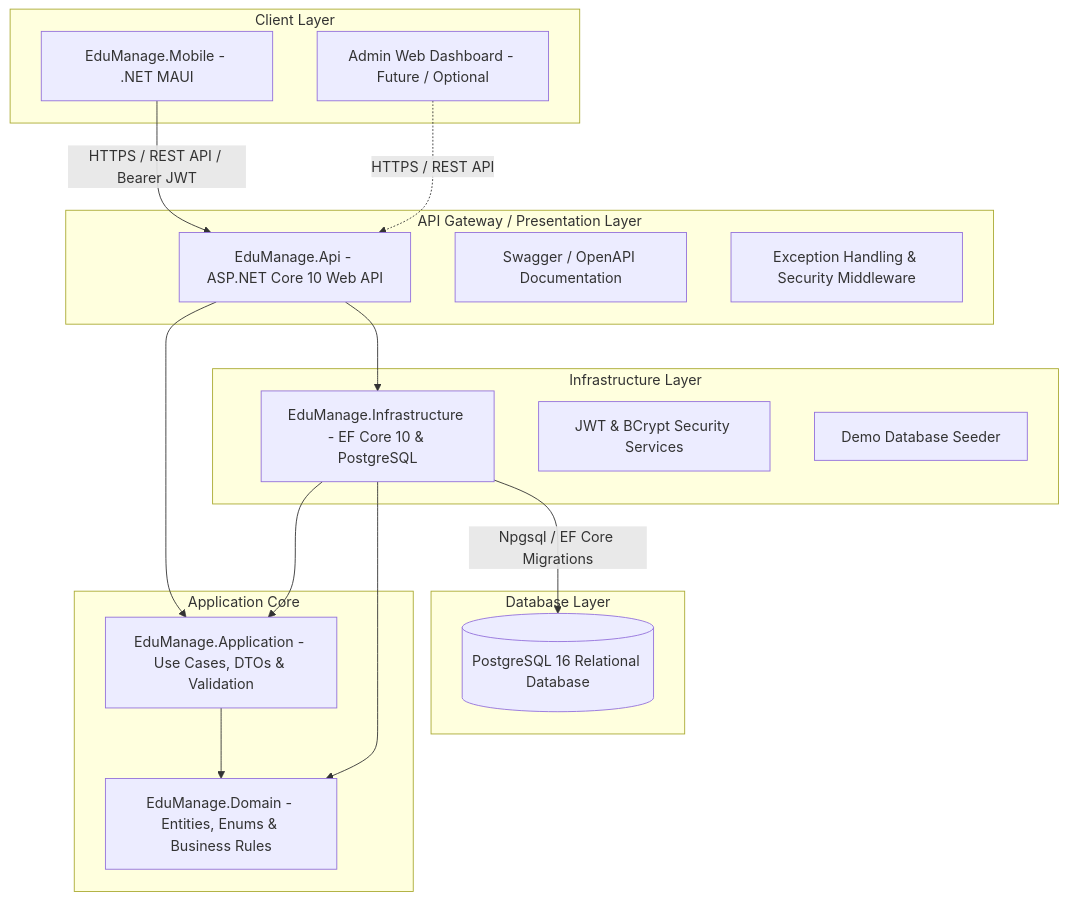
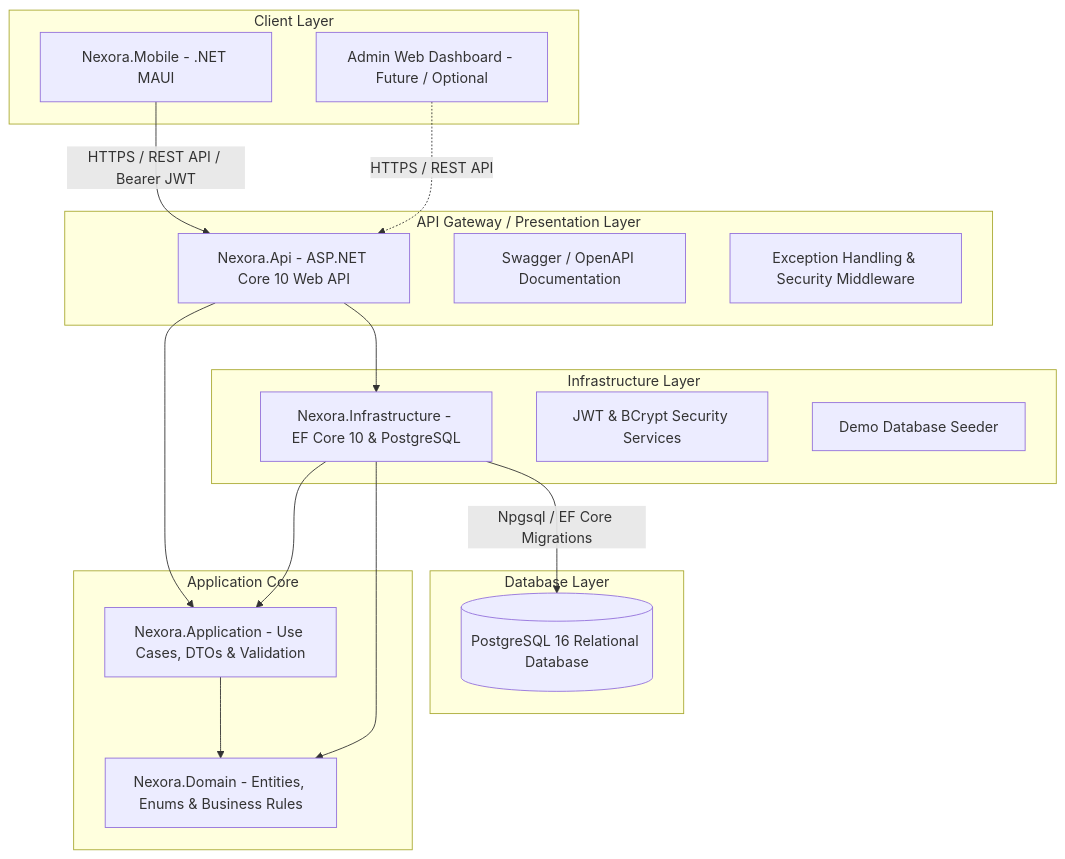
The first of 2 diagrams in docs/architecture.md (Vuthy-Tourn/school-manangement-system), drawn with Mermaid before and after one commit. The commit also changed other lines of this file and 259 other files, not shown here.

Commit message:
refactor: rename all occurrences, namespaces, projects, and solutions from EduManage to Nexora

````diff
--- a/docs/architecture.md
+++ b/docs/architecture.md
@@ -11,37 +11,37 @@
 ```mermaid
 graph TD
     subgraph Client Layer
-        Mobile[EduManage.Mobile - .NET MAUI]
+        Mobile[Nexora.Mobile - .NET MAUI]
         Web[Admin Web Dashboard - Future / Optional]
     end
 
     subgraph API Gateway / Presentation Layer
-        Api[EduManage.Api - ASP.NET Core 10 Web API]
+        Api[Nexora.Api - ASP.NET Core 10 Web API]
         Swagger[Swagger / OpenAPI Documentation]
         Middleware[Exception Handling & Security Middleware]
     end
 
     subgraph Application Core
-        App[EduManage.Application - Use Cases, DTOs & Validation]
-        Domain[EduManage.Domain - Entities, Enums & Business Rules]
+        App[Nexora.Application - Use Cases, DTOs & Validation]
+        Domain[Nexora.Domain - Entities, Enums & Business Rules]
     end
 
     subgraph Infrastructure Layer
-        Infra[EduManage.Infrastructure - EF Core 10 & PostgreSQL]
+        Infra[Nexora.Infrastructure - EF Core 10 & PostgreSQL]
         Auth[JWT & BCrypt Security Services]
         Seeder[Demo Database Seeder]
     end
 
     subgraph Database Layer
         Postgres[(PostgreSQL 16 Relational Database)]
     end
 
     Mobile -->|HTTPS / REST API / Bearer JWT| Api
     Web -.->|HTTPS / REST API| Api
     Api --> App
     App --> Domain
     Infra --> App
     Infra --> Domain
     Api --> Infra
     Infra -->|Npgsql / EF Core Migrations| Postgres
 ```
````
